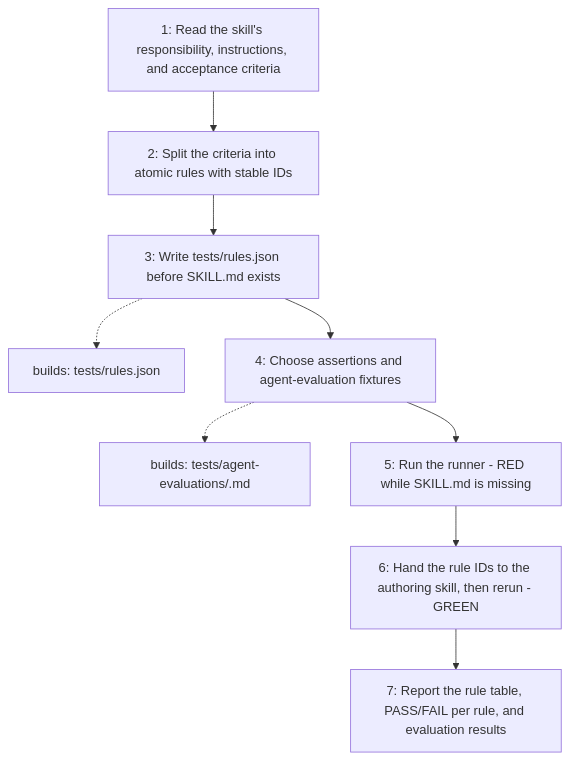
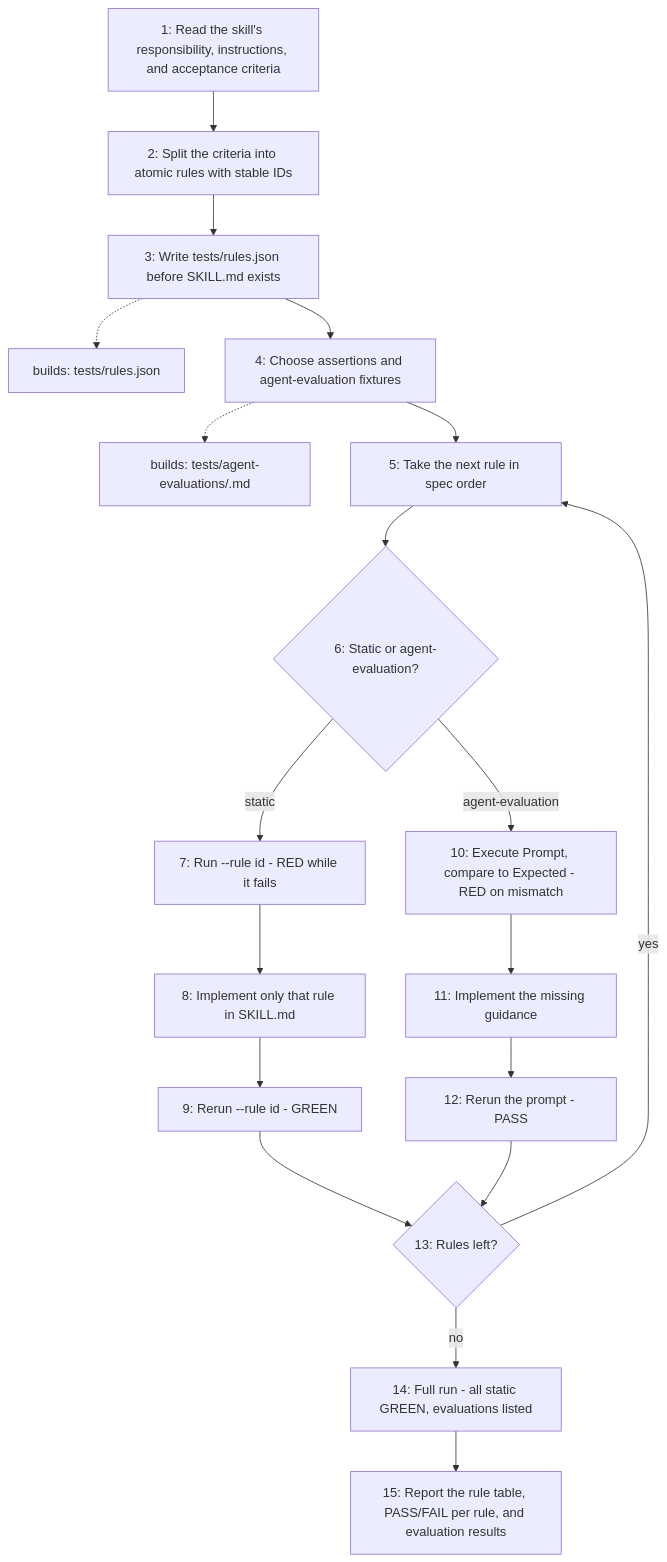
Before and after one commit to kevin-llps/payments-hexagonal-architecture-migration-challenge: the second of 2 diagrams in realistic-mess-based-on-jpa-entities-challenge/.opencode/skills/skill-testing/README.md, drawn with Mermaid. The commit also changed other lines of this file and 7 other files, not shown here.

First line of the commit message:
feat(skill-testing): iterate rules one at a time via --rule

````diff
--- a/realistic-mess-based-on-jpa-entities-challenge/.opencode/skills/skill-testing/README.md
+++ b/realistic-mess-based-on-jpa-entities-challenge/.opencode/skills/skill-testing/README.md
@@ -31,11 +37,21 @@
 ```mermaid
 graph TD
     S1["1: Read the skill's responsibility, instructions, and acceptance criteria"] --> S2["2: Split the criteria into atomic rules with stable IDs"]
     S2 --> S3["3: Write tests/rules.json before SKILL.md exists"]
     S3 -.-> F1["builds: tests/rules.json"]
     S3 --> S4["4: Choose assertions and agent-evaluation fixtures"]
     S4 -.-> F2["builds: tests/agent-evaluations/<ruleId>.md"]
-    S4 --> S5["5: Run the runner - RED while SKILL.md is missing"]
-    S5 --> S6["6: Hand the rule IDs to the authoring skill, then rerun - GREEN"]
-    S6 --> S7["7: Report the rule table, PASS/FAIL per rule, and evaluation results"]
+    S4 --> S5["5: Take the next rule in spec order"]
+    S5 --> S6{"6: Static or agent-evaluation?"}
+    S6 -->|static| S7["7: Run --rule id - RED while it fails"]
+    S7 --> S8["8: Implement only that rule in SKILL.md"]
+    S8 --> S9["9: Rerun --rule id - GREEN"]
+    S6 -->|agent-evaluation| S10["10: Execute Prompt, compare to Expected - RED on mismatch"]
+    S10 --> S11["11: Implement the missing guidance"]
+    S11 --> S12["12: Rerun the prompt - PASS"]
+    S9 --> S13{"13: Rules left?"}
+    S12 --> S13
+    S13 -->|yes| S5
+    S13 -->|no| S14["14: Full run - all static GREEN, evaluations listed"]
+    S14 --> S15["15: Report the rule table, PASS/FAIL per rule, and evaluation results"]
 ```
````
